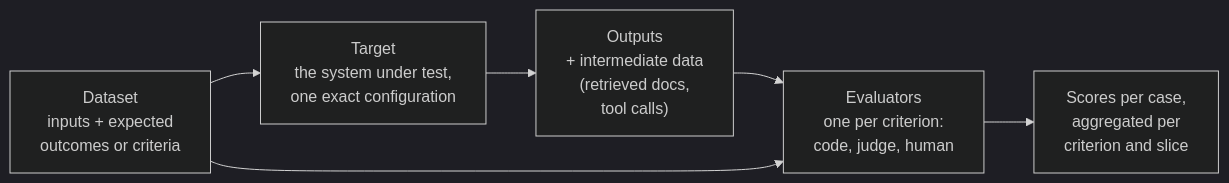
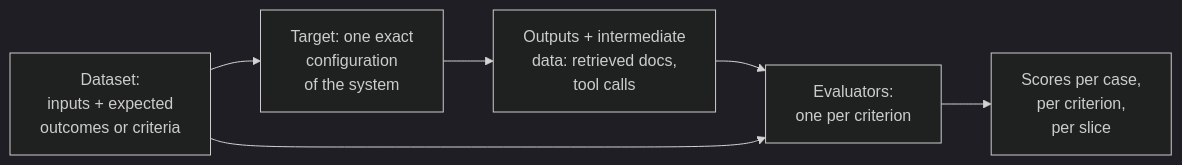
Before and after one commit to shubamchaudhary/CodeNITW: the second of 6 diagrams in src/Data/aiStackDocs/CH-08.md, drawn with Mermaid (dark theme). The commit also changed other lines of this file and 52 other files, not shown here.

````diff
--- a/src/Data/aiStackDocs/CH-08.md
+++ b/src/Data/aiStackDocs/CH-08.md
@@ -46,8 +30,8 @@
 ```mermaid
 flowchart LR
-    D["Dataset<br/>inputs + expected<br/>outcomes or criteria"] --> T["Target<br/>the system under test,<br/>one exact configuration"]
-    T --> O["Outputs<br/>+ intermediate data<br/>(retrieved docs,<br/>tool calls)"]
-    O --> G["Evaluators<br/>one per criterion:<br/>code, judge, human"]
+    D["Dataset:<br/>inputs + expected<br/>outcomes or criteria"] --> T["Target: one exact<br/>configuration<br/>of the system"]
+    T --> O["Outputs + intermediate<br/>data: retrieved docs,<br/>tool calls"]
+    O --> G["Evaluators:<br/>one per criterion"]
     D --> G
-    G --> S["Scores per case,<br/>aggregated per<br/>criterion and slice"]
+    G --> S["Scores per case,<br/>per criterion,<br/>per slice"]
 ```
````
